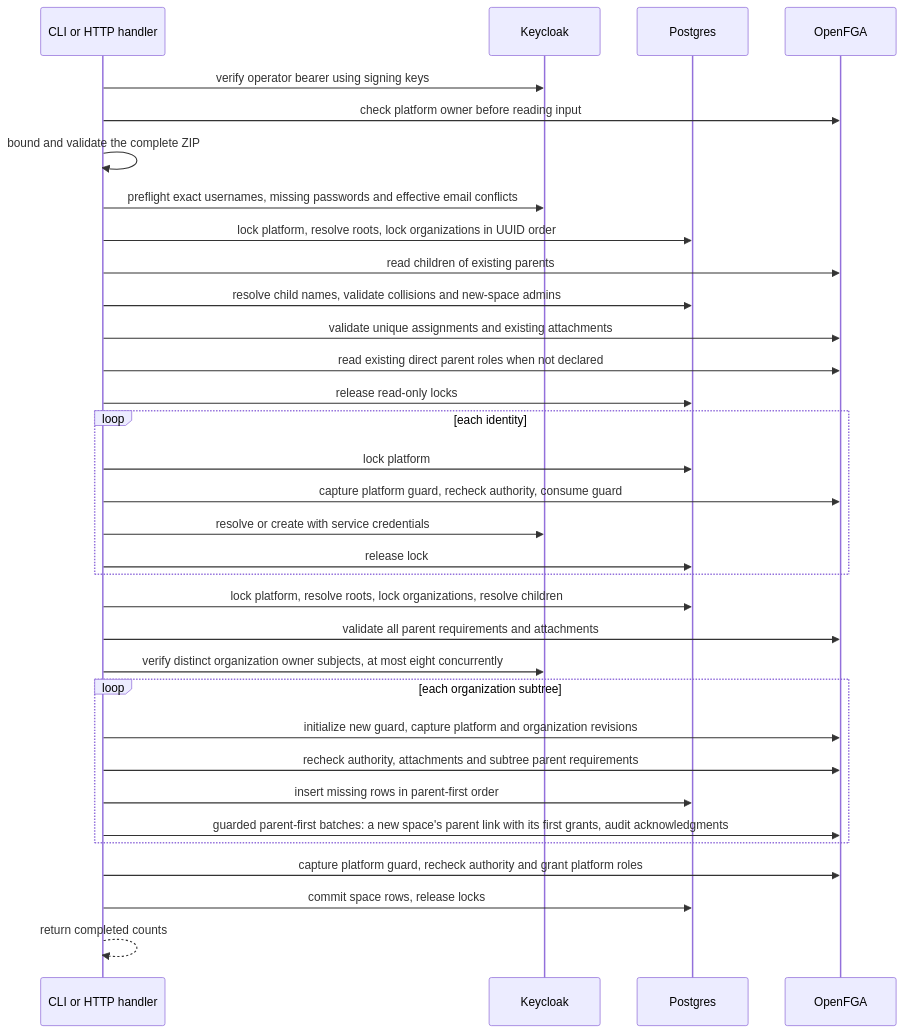
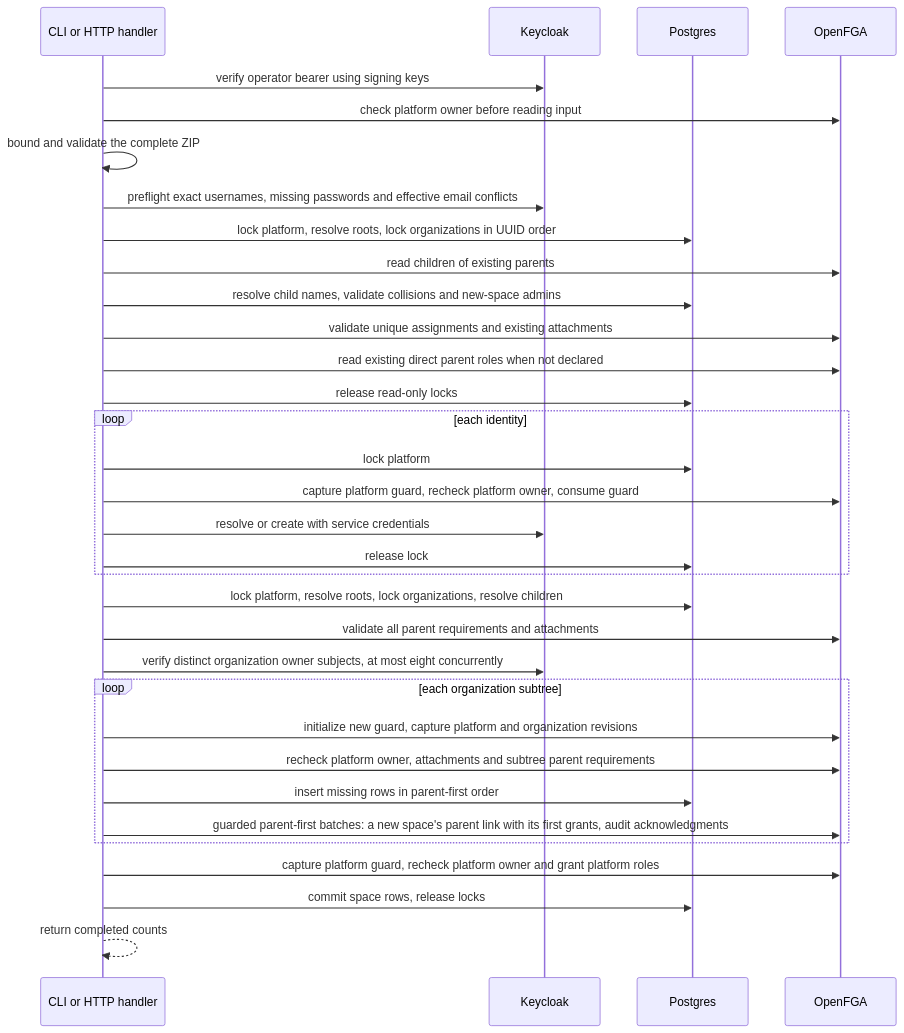
The ninth of 11 diagrams in docs/architecture/A1-manager-runtime.md (ThalesGroup/fred), drawn with Mermaid before and after one commit. The commit also changed other lines of this file and 8 other files, not shown here.

First line of the commit message:
fix(#3180): authenticate the import operator once and recheck platform ownership

````diff
--- a/docs/architecture/A1-manager-runtime.md
+++ b/docs/architecture/A1-manager-runtime.md
@@ -488,35 +490,35 @@
 ```mermaid
 sequenceDiagram
     participant C as CLI or HTTP handler
     participant KC as Keycloak
     participant PG as Postgres
     participant FGA as OpenFGA
     C->>KC: verify operator bearer using signing keys
     C->>FGA: check platform owner before reading input
     C->>C: bound and validate the complete ZIP
     C->>KC: preflight exact usernames, missing passwords and effective email conflicts
     C->>PG: lock platform, resolve roots, lock organizations in UUID order
     C->>FGA: read children of existing parents
     C->>PG: resolve child names, validate collisions and new-space admins
     C->>FGA: validate unique assignments and existing attachments
     C->>FGA: read existing direct parent roles when not declared
     C->>PG: release read-only locks
     loop each identity
         C->>PG: lock platform
-        C->>FGA: capture platform guard, recheck authority, consume guard
+        C->>FGA: capture platform guard, recheck platform owner, consume guard
         C->>KC: resolve or create with service credentials
         C->>PG: release lock
     end
     C->>PG: lock platform, resolve roots, lock organizations, resolve children
     C->>FGA: validate all parent requirements and attachments
     C->>KC: verify distinct organization owner subjects, at most eight concurrently
     loop each organization subtree
         C->>FGA: initialize new guard, capture platform and organization revisions
-        C->>FGA: recheck authority, attachments and subtree parent requirements
+        C->>FGA: recheck platform owner, attachments and subtree parent requirements
         C->>PG: insert missing rows in parent-first order
         C->>FGA: guarded parent-first batches: a new space's parent link with its first grants, audit acknowledgments
     end
-    C->>FGA: capture platform guard, recheck authority and grant platform roles
+    C->>FGA: capture platform guard, recheck platform owner and grant platform roles
     C->>PG: commit space rows, release locks
     C-->>C: return completed counts
 ```
````
